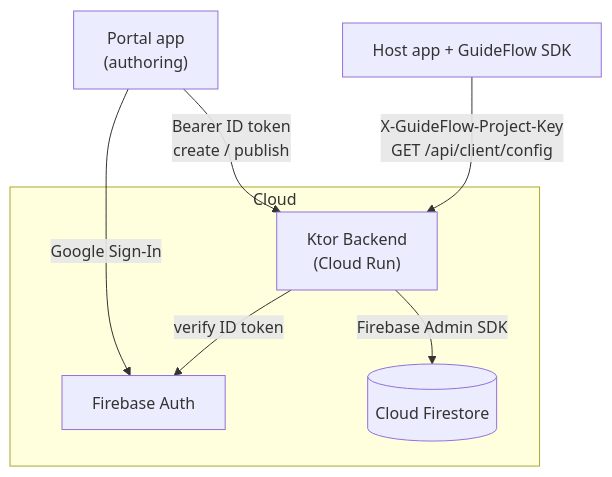
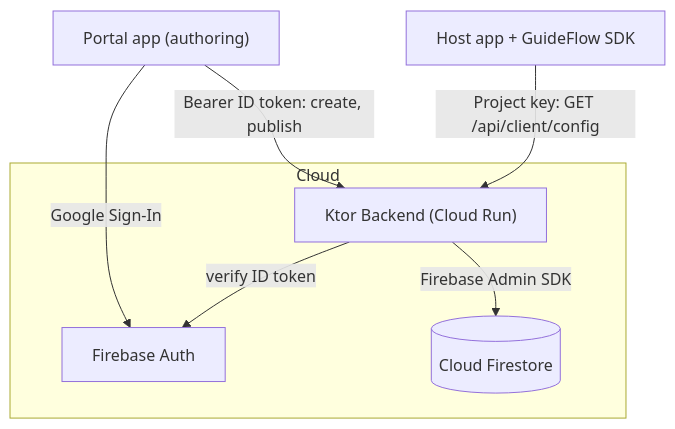
Before and after one commit to RotemBar18/GuideFlow: the first of 2 diagrams in README.md, drawn with Mermaid. The commit also changed other lines of this file and 2 other files, not shown here.

````diff
--- a/README.md
+++ b/README.md
@@ -217,16 +199,16 @@
 ```mermaid
 flowchart TD
     subgraph Cloud
-        Backend["Ktor Backend<br/>(Cloud Run)"]
+        Backend["Ktor Backend (Cloud Run)"]
         FS[("Cloud Firestore")]
         FBAuth["Firebase Auth"]
     end
 
-    Portal["Portal app<br/>(authoring)"] -->|"Google Sign-In"| FBAuth
-    Portal -->|"Bearer ID token<br/>create / publish"| Backend
+    Portal["Portal app (authoring)"] -->|Google Sign-In| FBAuth
+    Portal -->|Bearer ID token: create, publish| Backend
 
-    HostApp["Host app + GuideFlow SDK"] -->|"X-GuideFlow-Project-Key<br/>GET /api/client/config"| Backend
+    HostApp["Host app + GuideFlow SDK"] -->|Project key: GET /api/client/config| Backend
 
-    Backend -->|"verify ID token"| FBAuth
-    Backend -->|"Firebase Admin SDK"| FS
+    Backend -->|verify ID token| FBAuth
+    Backend -->|Firebase Admin SDK| FS
 ```
````
